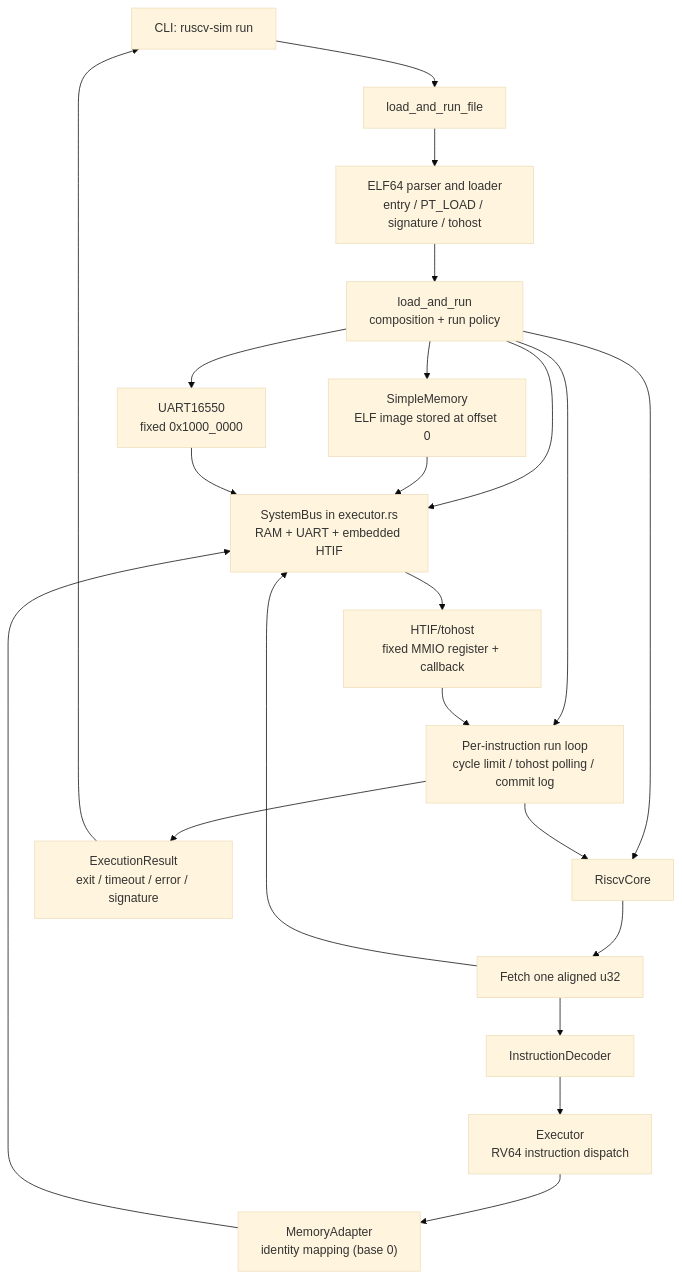
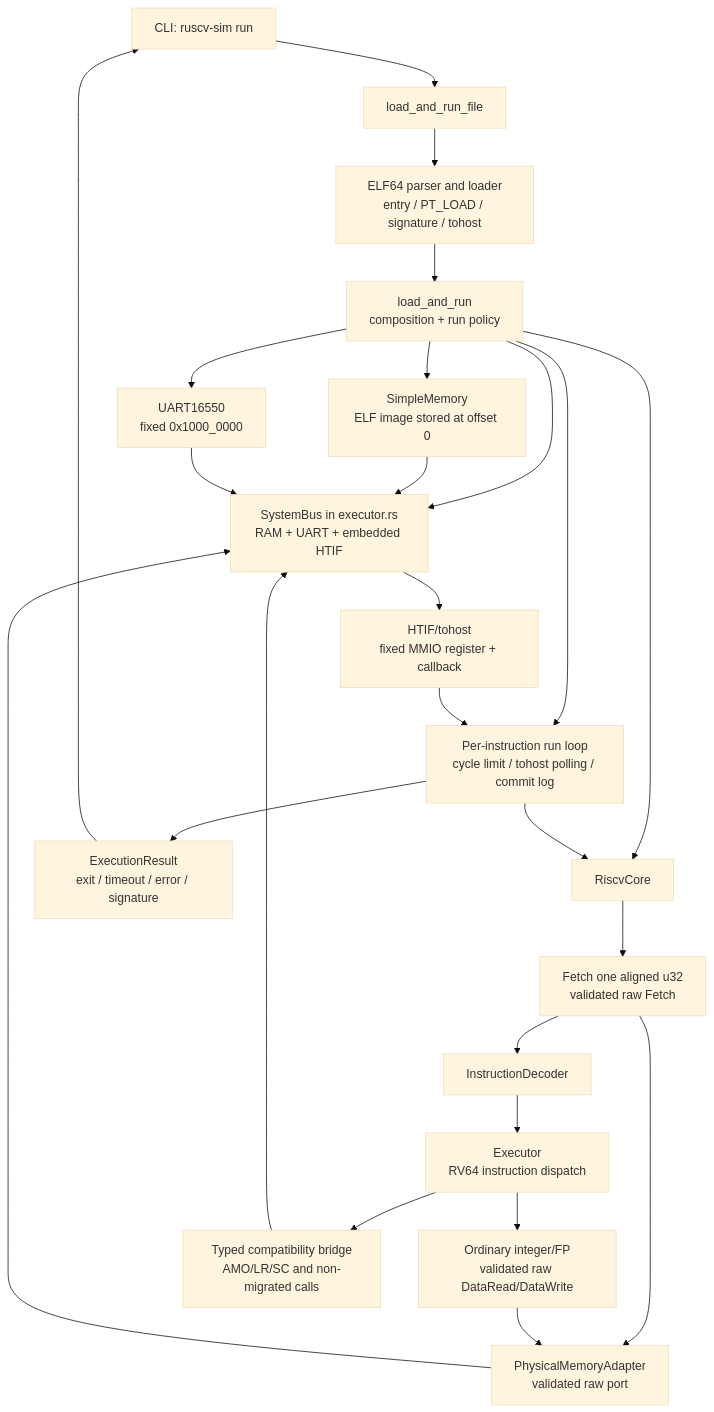
The first of 2 diagrams in docs/architecture/current-state.md (mimiqdev/ruscv-sim), drawn with Mermaid (base theme) before and after one commit. The commit also changed other lines of this file and 14 other files, not shown here.

````diff
--- a/docs/architecture/current-state.md
+++ b/docs/architecture/current-state.md
@@ -74,27 +78,30 @@
 ```mermaid
 flowchart TB
     CLI["CLI: ruscv-sim run"] --> FILE["load_and_run_file"]
     FILE --> ELF["ELF64 parser and loader<br/>entry / PT_LOAD / signature / tohost"]
     ELF --> ORCH["load_and_run<br/>composition + run policy"]
 
     ORCH --> RAM["SimpleMemory<br/>ELF image stored at offset 0"]
     ORCH --> UART["UART16550<br/>fixed 0x1000_0000"]
     ORCH --> BUS["SystemBus in executor.rs<br/>RAM + UART + embedded HTIF"]
     RAM --> BUS
     UART --> BUS
 
     ORCH --> CORE["RiscvCore"]
-    CORE --> FETCH["Fetch one aligned u32"]
-    FETCH --> BUS
+    CORE --> FETCH["Fetch one aligned u32<br/>validated raw Fetch"]
+    FETCH --> RAW["PhysicalMemoryAdapter<br/>validated raw port"]
+    RAW --> BUS
     FETCH --> DEC["InstructionDecoder"]
     DEC --> EXEC["Executor<br/>RV64 instruction dispatch"]
-    EXEC --> ADAPTER["MemoryAdapter<br/>identity mapping (base 0)"]
-    ADAPTER --> BUS
+    EXEC --> ORDINARY["Ordinary integer/FP<br/>validated raw DataRead/DataWrite"]
+    ORDINARY --> RAW
+    EXEC --> LEGACY["Typed compatibility bridge<br/>AMO/LR/SC and non-migrated calls"]
+    LEGACY --> BUS
 
     BUS --> HTIF["HTIF/tohost<br/>fixed MMIO register + callback"]
     ORCH --> LOOP["Per-instruction run loop<br/>cycle limit / tohost polling / commit log"]
     LOOP --> CORE
     HTIF --> LOOP
     LOOP --> RESULT["ExecutionResult<br/>exit / timeout / error / signature"]
     RESULT --> CLI
 ```
````
